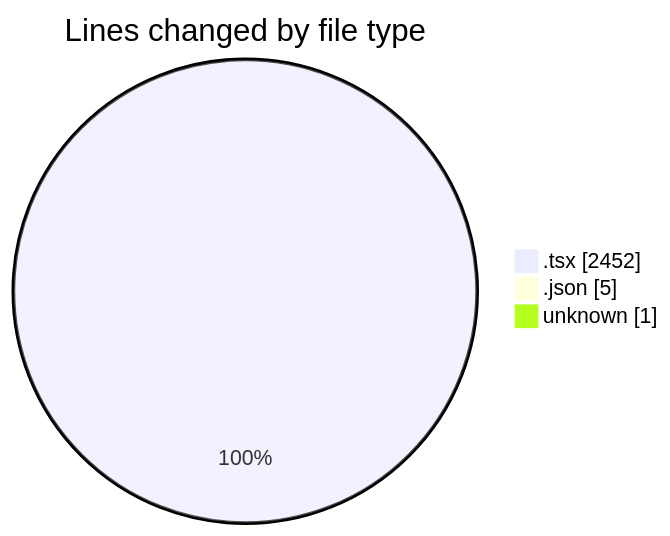
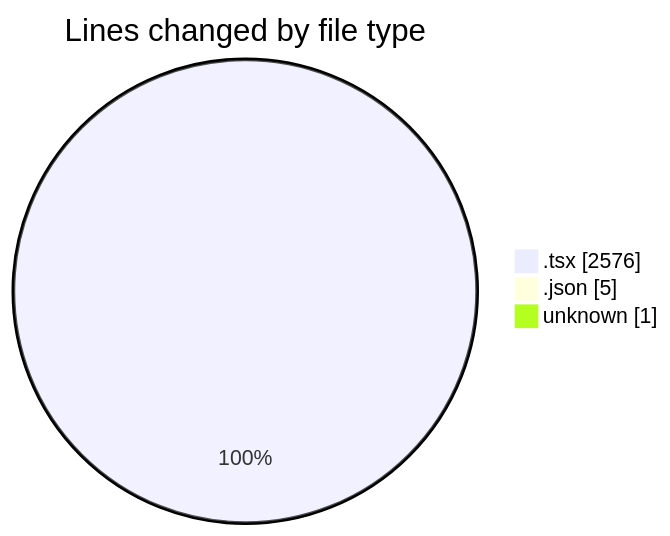
Before and after one commit to Elitesun/code-tracking: the first of 2 diagrams in 2025-05-07/niten/README.md, drawn with Mermaid. The commit also changed other lines of this file and 1 other file, not shown here.

````diff
--- a/2025-05-07/niten/README.md
+++ b/2025-05-07/niten/README.md
@@ -43,7 +43,7 @@
 ```mermaid
 pie showData
 title Lines changed by file type
-".tsx" : 2452
+".tsx" : 2576
 ".json" : 5
 "unknown" : 1
 ```
````
